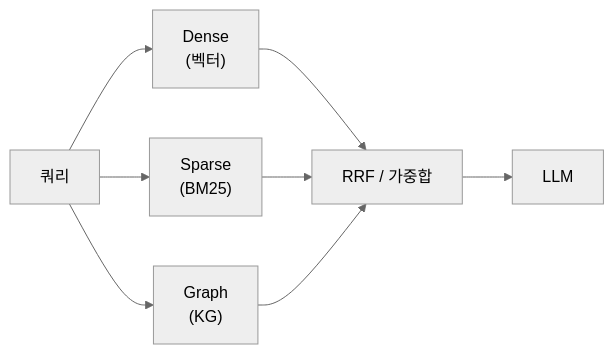
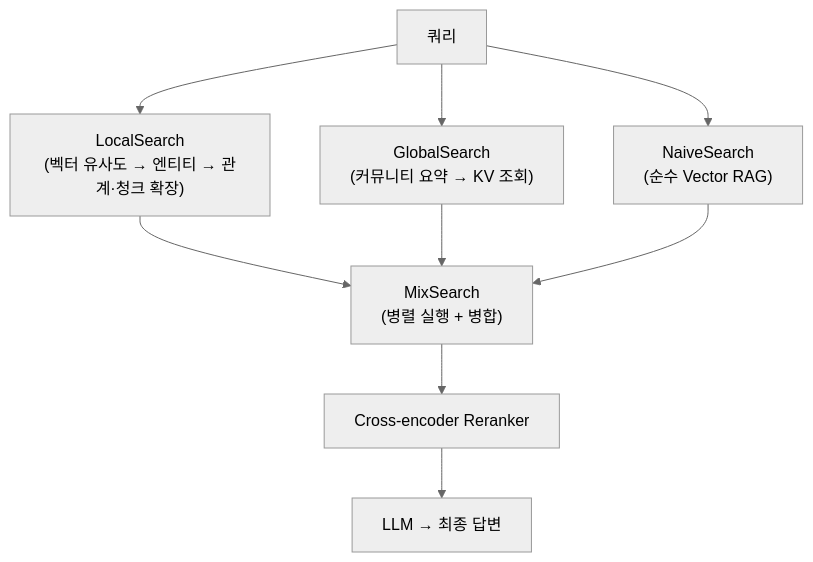
The third of 3 diagrams in wiki/AI/Engineering/Context_Engineering/Retrieval_Strategies/RAG/Hybrid_RAG.md (TaeHunKim/AIEngineeringLLMWiki), drawn with Mermaid (neutral theme) before and after one commit. The commit also changed other lines of this file and 1 other file, not shown here.

First line of the commit message:
docs: add Vector+Graph+Key-Value Multi-Store Hybrid RAG section

````diff
--- a/wiki/AI/Engineering/Context_Engineering/Retrieval_Strategies/RAG/Hybrid_RAG.md
+++ b/wiki/AI/Engineering/Context_Engineering/Retrieval_Strategies/RAG/Hybrid_RAG.md
@@ -126,10 +148,11 @@
 ```mermaid
-flowchart LR
-    Q["쿼리"] --> D["Dense<br/>(벡터)"]
-    Q --> S["Sparse<br/>(BM25)"]
-    Q --> G["Graph<br/>(KG)"]
-    D --> RRF["RRF / 가중합"]
-    S --> RRF
-    G --> RRF
-    RRF --> LLM["LLM"]
+flowchart TD
+    Q["쿼리"] --> LS["LocalSearch<br/>(벡터 유사도 → 엔티티 → 관계·청크 확장)"]
+    Q --> GS["GlobalSearch<br/>(커뮤니티 요약 → KV 조회)"]
+    Q --> NS["NaiveSearch<br/>(순수 Vector RAG)"]
+    LS --> MIX["MixSearch<br/>(병렬 실행 + 병합)"]
+    GS --> MIX
+    NS --> MIX
+    MIX --> RE["Cross-encoder Reranker"]
+    RE --> LLM["LLM → 최종 답변"]
 ```
````
